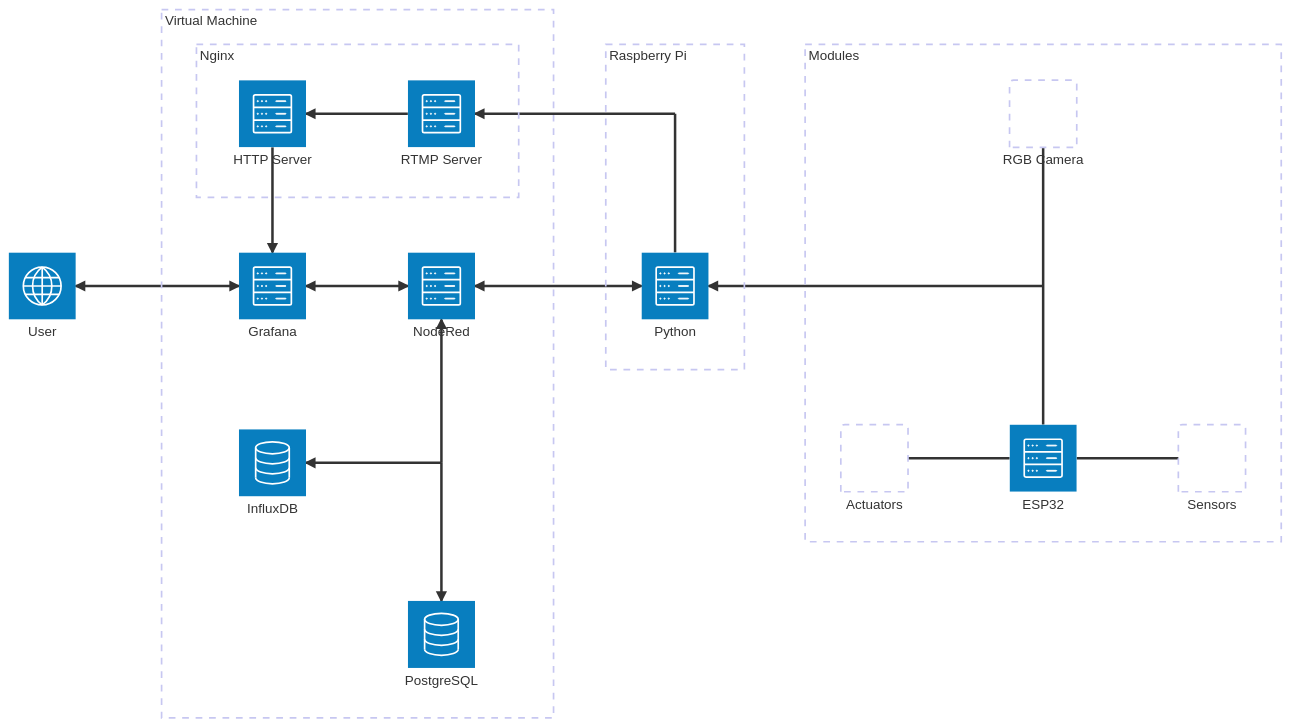
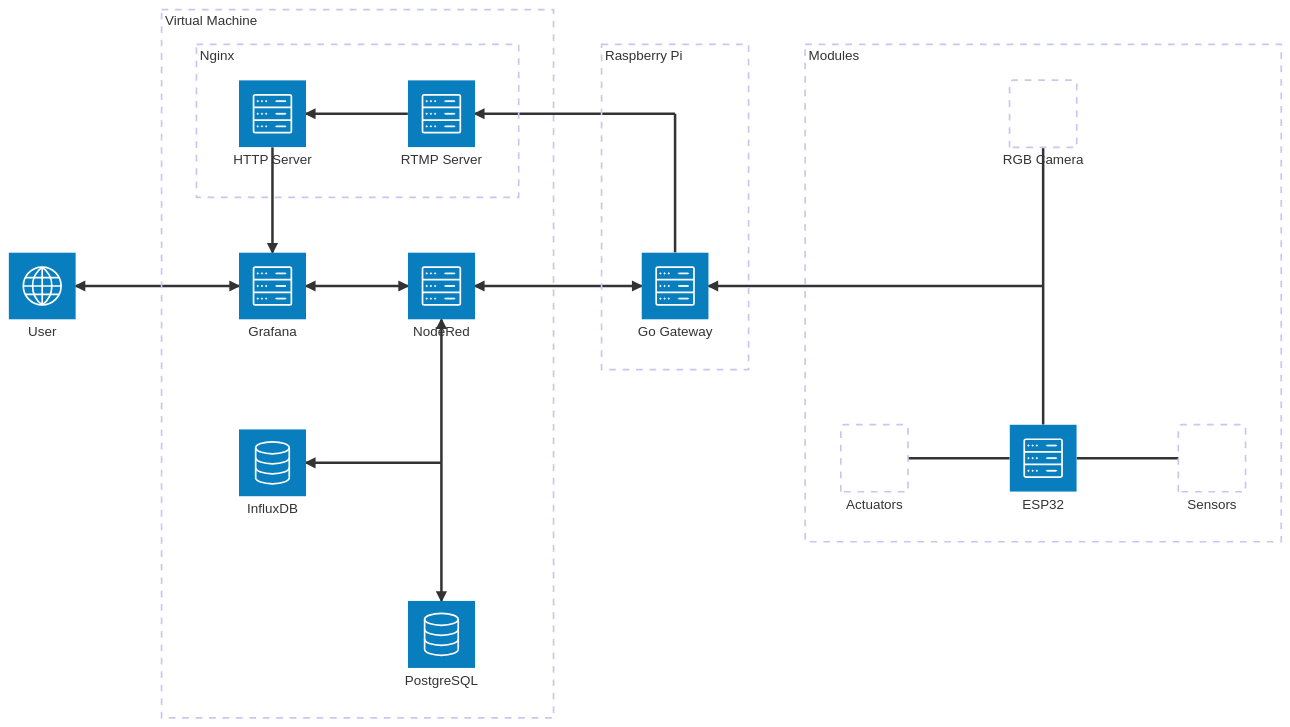
One commit to slopma/camara-crecimiento-SISE changed the first of 4 diagrams in README.md. Above: the diagram before and after it, drawn with Mermaid. The commit also changed 15 other files, not shown here.

````diff
--- a/README.md
+++ b/README.md
@@ -5,53 +5,53 @@
 ```mermaid
 architecture-beta
 
     service user(internet)[User]
     
     group vm[Virtual Machine]
 
     service grafana(server)[Grafana] in vm
     service nodered(server)[NodeRed] in vm
     service influx(database)[InfluxDB] in vm
     service postgres(database)[PostgreSQL] in vm
 
     group nginx[Nginx] in vm
     service rtmpserver(server)[RTMP Server] in nginx
     service httpserver(server)[HTTP Server] in nginx
 
     junction data in vm
 
     user:R <--> L:grafana
     grafana:R <--> L:nodered
     grafana:T <-- B:httpserver
     nodered:B <-- T:data
     data:L --> R:influx
     data:B --> T:postgres
     httpserver:R <-- L:rtmpserver
 
     group raspi[Raspberry Pi]
 
-    service python(server)[Python] in raspi
+    service gateway(server)[Go Gateway] in raspi
 
     junction video in raspi
 
-    nodered:R <--> L:python
+    nodered:R <--> L:gateway
     rtmpserver:R <-- L:video
-    video:B -- T:python
+    video:B -- T:gateway
 
     group module[Modules]
 
     service camera[RGB Camera] in module
     service sensors[Sensors] in module
     service actuators[Actuators] in module
     service esp(server)[ESP32] in module
 
     junction components in module
 
 
     esp:T -- B:components
     camera:B -- T:components
-    components:L --> R:python
+    components:L --> R:gateway
     esp:R -- L:sensors
     esp:L -- R:actuators
 
 ```
````
